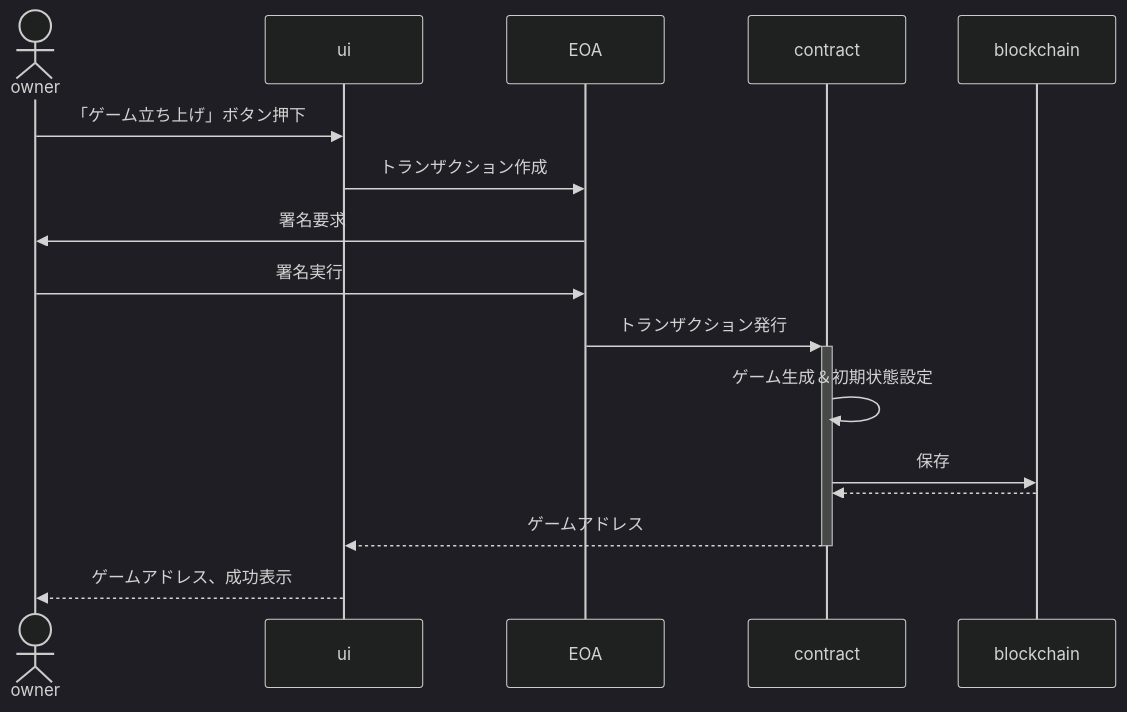
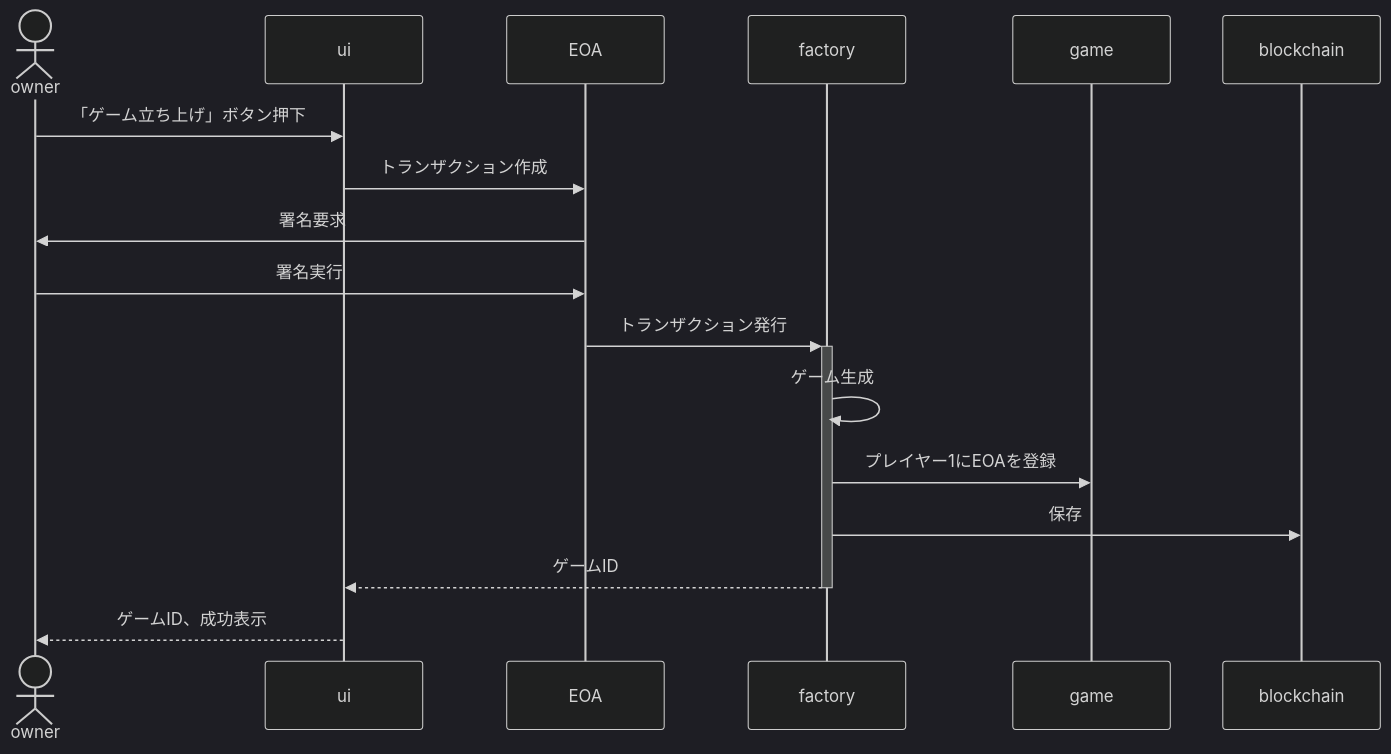
Before and after one commit to 0xHaku/preprod-gomoku: the first of 3 diagrams in doc/sequence.md, drawn with Mermaid (dark theme). The commit also changed other lines of this file and 1 other file, not shown here.

````diff
--- a/doc/sequence.md
+++ b/doc/sequence.md
@@ -3,19 +3,20 @@
 ```mermaid
 sequenceDiagram
     actor owner
     participant ui
     participant EOA
-    participant contract
+    participant factory
+    participant game
     participant blockchain
 
     owner->>ui: 「ゲーム立ち上げ」ボタン押下
     ui->>EOA: トランザクション作成
     EOA->>owner: 署名要求
     owner->>EOA: 署名実行
-    EOA->>+contract: トランザクション発行
-    contract->>contract: ゲーム生成＆初期状態設定
-    contract->>blockchain: 保存
-    blockchain-->>contract: 
-    contract-->>-ui: ゲームアドレス
-    ui-->>owner: ゲームアドレス、成功表示
+    EOA->>+factory: トランザクション発行
+    factory->>factory: ゲーム生成
+    factory->>game: プレイヤー1にEOAを登録
+    factory->>blockchain: 保存
+    factory-->>-ui: ゲームID
+    ui-->>owner: ゲームID、成功表示
 ```
````
